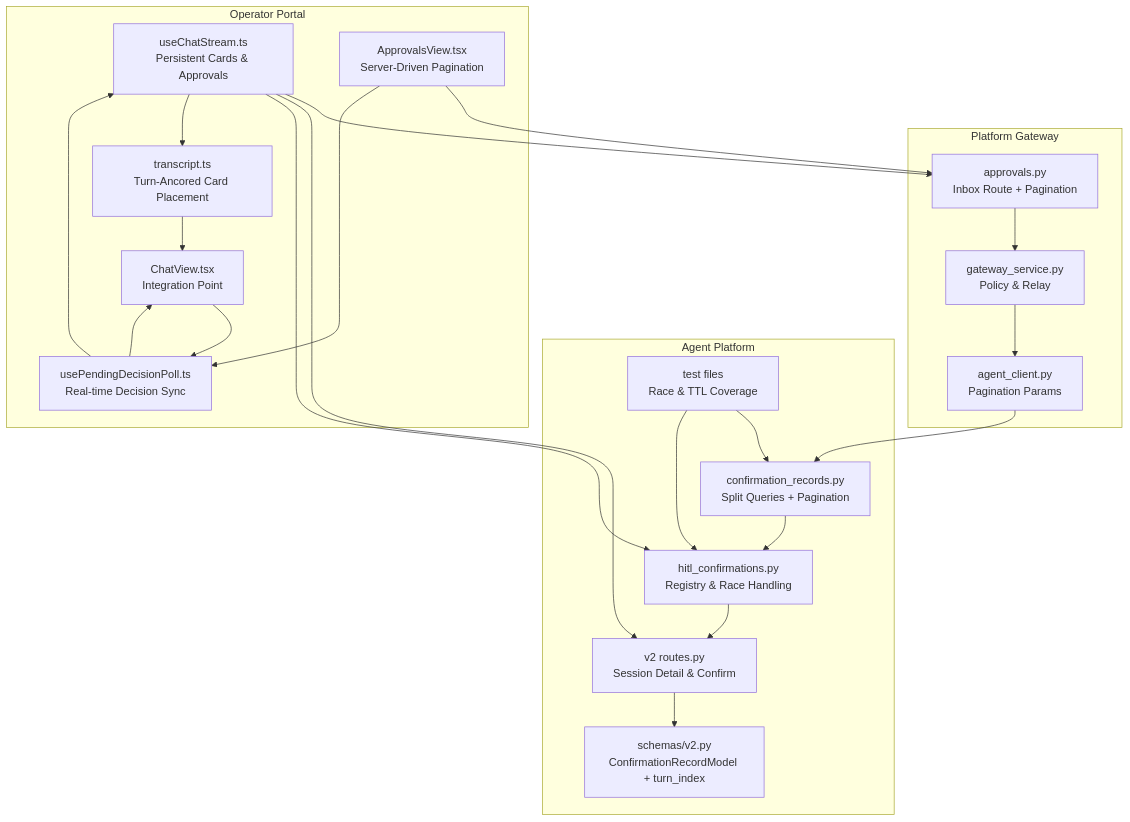
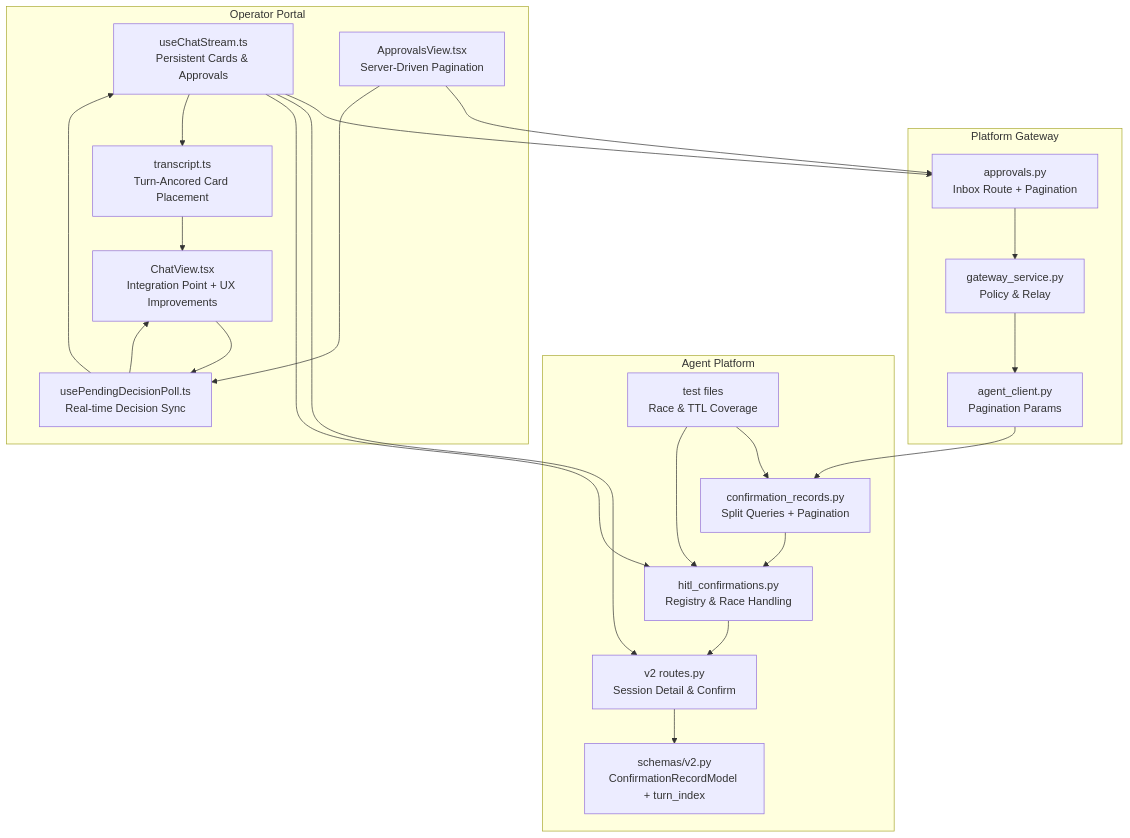
One commit to metasync/luban-aiops changed the first of 13 diagrams in .qoder/repowiki/en/content/Architecture Documentation/SPEC-031_ Approval Inbox and Persistent Confirmation Cards.md. Above: the diagram before and after it, drawn with Mermaid. The commit also changed other lines of this file and 6 other files, not shown here.

````diff
--- a/.qoder/repowiki/en/content/Architecture Documentation/SPEC-031_ Approval Inbox and Persistent Confirmation Cards.md
+++ b/.qoder/repowiki/en/content/Architecture Documentation/SPEC-031_ Approval Inbox and Persistent Confirmation Cards.md
@@ -67,40 +69,40 @@
 ```mermaid
 graph TB
 subgraph "Agent Platform"
 CR["confirmation_records.py<br/>Split Queries + Pagination"]
 HITL["hitl_confirmations.py<br/>Registry & Race Handling"]
 V2["v2 routes.py<br/>Session Detail & Confirm"]
 SCHEMA["schemas/v2.py<br/>ConfirmationRecordModel + turn_index"]
 TESTS["test files<br/>Race & TTL Coverage"]
 end
 subgraph "Platform Gateway"
 APPR["approvals.py<br/>Inbox Route + Pagination"]
 GSVC["gateway_service.py<br/>Policy & Relay"]
 AC["agent_client.py<br/>Pagination Params"]
 end
 subgraph "Operator Portal"
 STREAM["useChatStream.ts<br/>Persistent Cards & Approvals"]
 POLL["usePendingDecisionPoll.ts<br/>Real-time Decision Sync"]
 TRANSCRIPT["transcript.ts<br/>Turn-Ancored Card Placement"]
-CHATVIEW["ChatView.tsx<br/>Integration Point"]
+CHATVIEW["ChatView.tsx<br/>Integration Point + UX Improvements"]
 APPROVALSVIEW["ApprovalsView.tsx<br/>Server-Driven Pagination"]
 end
 CR --> HITL
 HITL --> V2
 V2 --> SCHEMA
 APPR --> GSVC
 GSVC --> AC
 AC --> CR
 STREAM --> APPR
 STREAM --> V2
 STREAM --> HITL
 STREAM --> TRANSCRIPT
 POLL --> STREAM
 POLL --> CHATVIEW
 CHATVIEW --> POLL
 TRANSCRIPT --> CHATVIEW
 APPROVALSVIEW --> APPR
 APPROVALSVIEW --> POLL
 TESTS --> CR
 TESTS --> HITL
 ```
````
